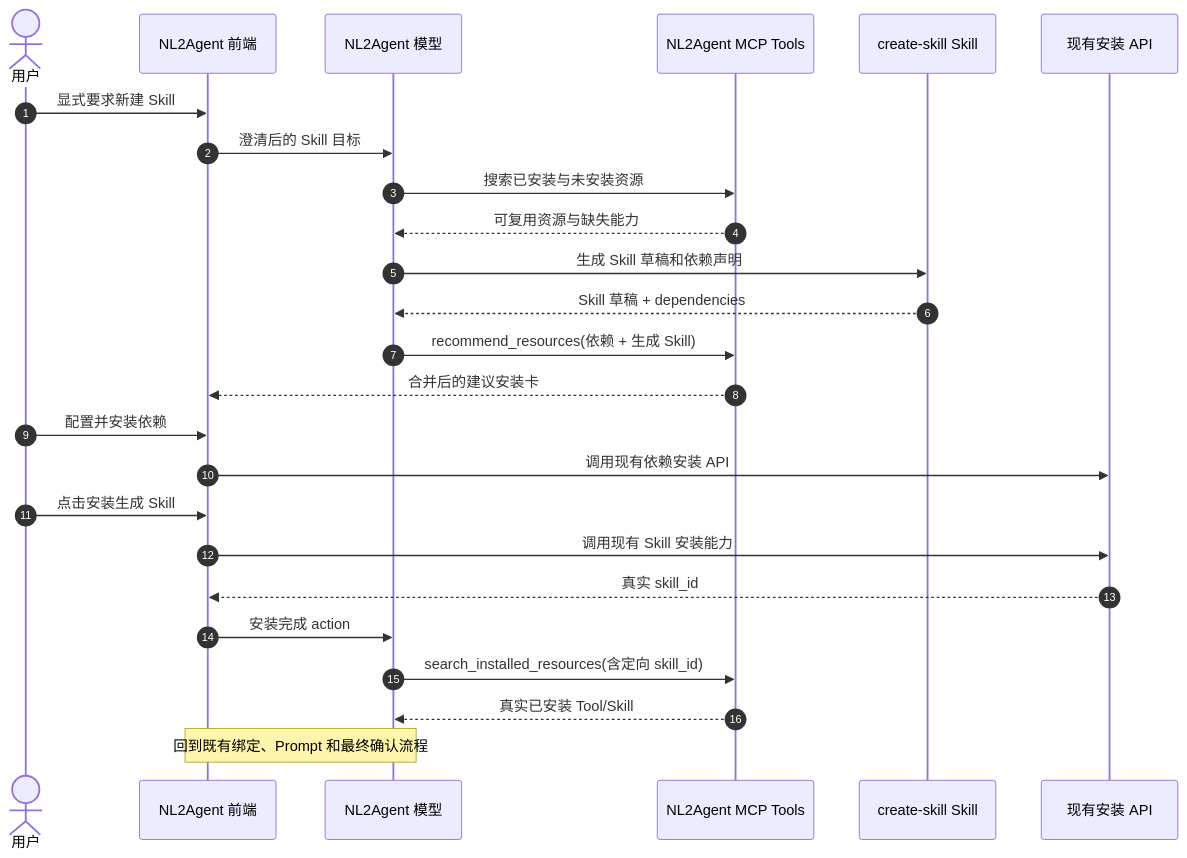
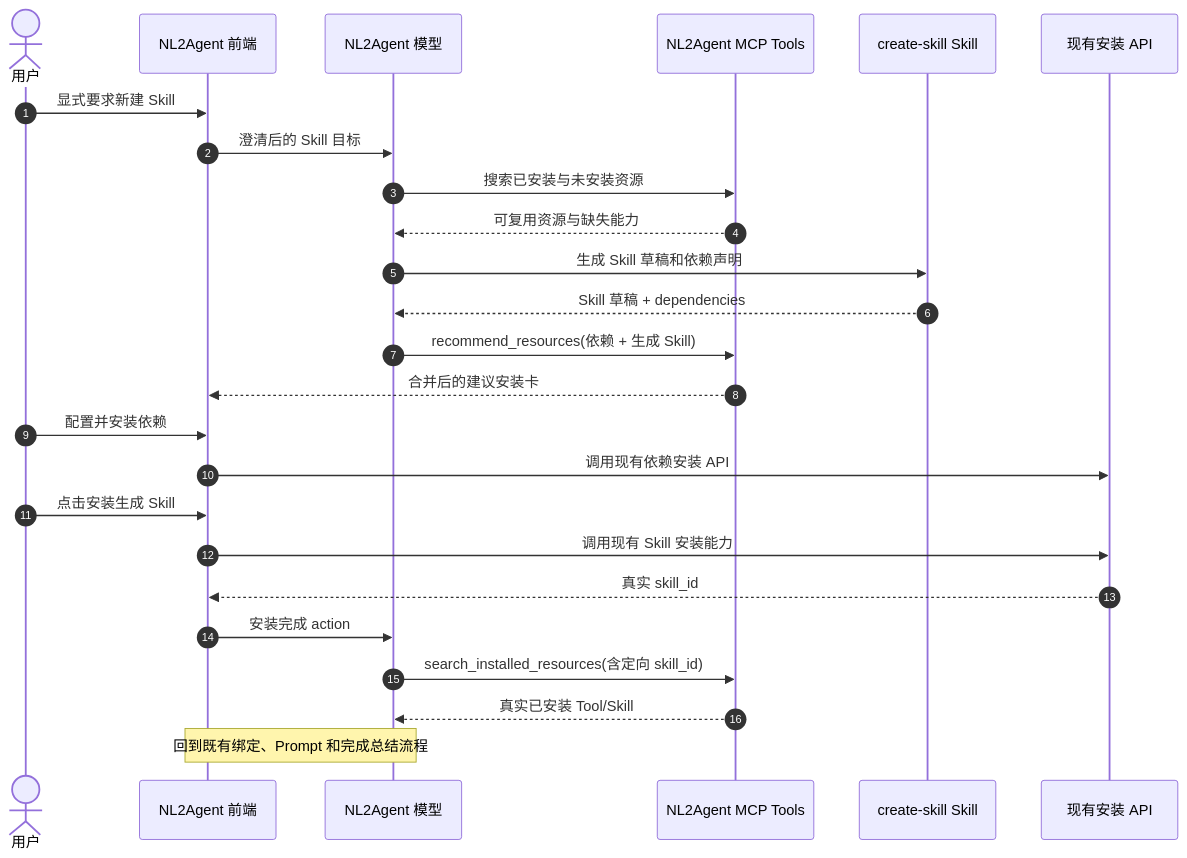
The second of 2 diagrams in docs/handoffs/2026-08-17-nl2agent-capability-design-handoff.md (ModelEngine-Group/nexent), drawn with Mermaid before and after one commit. The commit also changed other lines of this file and 18 other files, not shown here.

````diff
--- a/docs/handoffs/2026-08-17-nl2agent-capability-design-handoff.md
+++ b/docs/handoffs/2026-08-17-nl2agent-capability-design-handoff.md
@@ -1315,28 +1256,28 @@
 ```mermaid
 sequenceDiagram
     autonumber
     actor U as 用户
     participant FE as NL2Agent 前端
     participant LLM as NL2Agent 模型
     participant T as NL2Agent MCP Tools
     participant CS as create-skill Skill
     participant BIZ as 现有安装 API
 
     U->>FE: 显式要求新建 Skill
     FE->>LLM: 澄清后的 Skill 目标
     LLM->>T: 搜索已安装与未安装资源
     T-->>LLM: 可复用资源与缺失能力
     LLM->>CS: 生成 Skill 草稿和依赖声明
     CS-->>LLM: Skill 草稿 + dependencies
     LLM->>T: recommend_resources(依赖 + 生成 Skill)
     T-->>FE: 合并后的建议安装卡
     U->>FE: 配置并安装依赖
     FE->>BIZ: 调用现有依赖安装 API
     U->>FE: 点击安装生成 Skill
     FE->>BIZ: 调用现有 Skill 安装能力
     BIZ-->>FE: 真实 skill_id
     FE->>LLM: 安装完成 action
     LLM->>T: search_installed_resources(含定向 skill_id)
     T-->>LLM: 真实已安装 Tool/Skill
-    Note over LLM,FE: 回到既有绑定、Prompt 和最终确认流程
+    Note over LLM,FE: 回到既有绑定、Prompt 和完成总结流程
 ```
````
